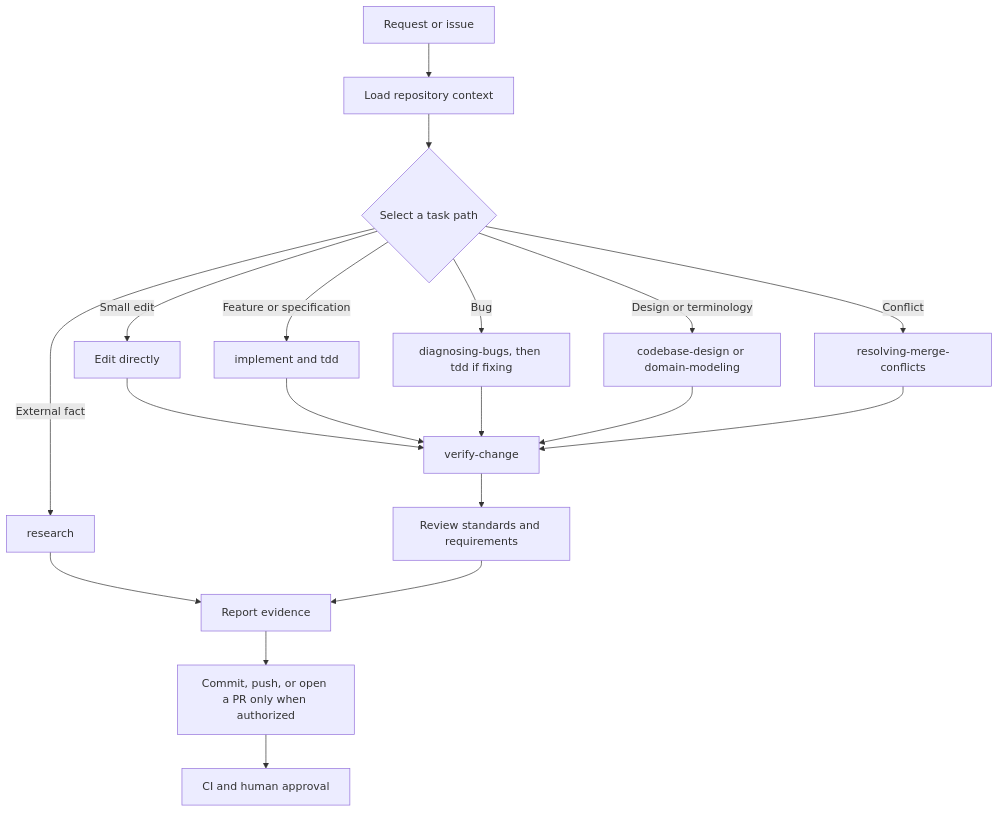
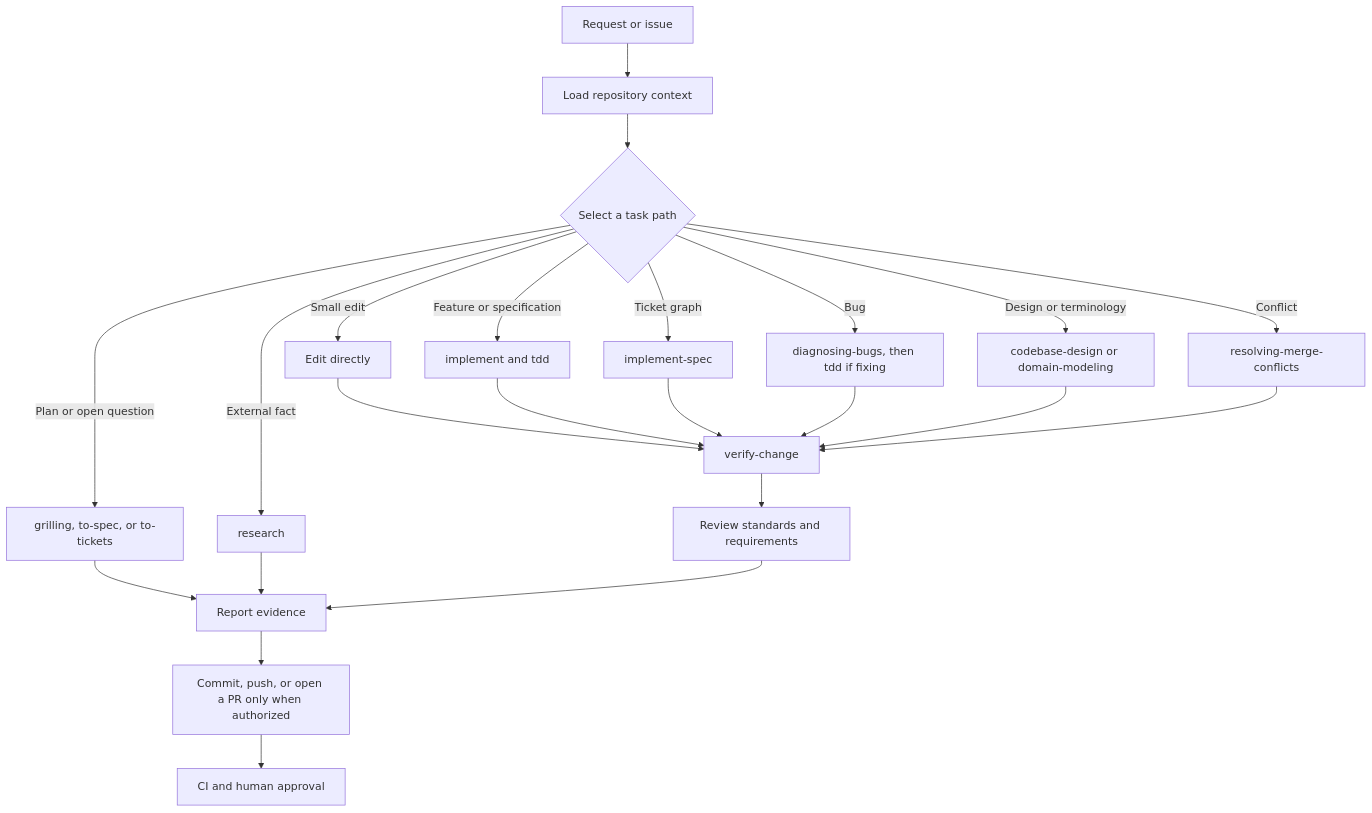
One commit to EngageMedia-video/cinematacms changed the diagram in docs/technical/agentic-workflow.md. Above: the diagram before and after it, drawn with Mermaid. The commit also changed other lines of this file and 12 other files, not shown here.

````diff
--- a/docs/technical/agentic-workflow.md
+++ b/docs/technical/agentic-workflow.md
@@ -11,21 +11,25 @@
 ```mermaid
 flowchart TD
 	request[Request or issue] --> context[Load repository context]
 	context --> path{Select a task path}
 	path -->|Small edit| direct[Edit directly]
 	path -->|Feature or specification| implement[implement and tdd]
+	path -->|Plan or open question| plan[grilling, to-spec, or to-tickets]
+	path -->|Ticket graph| tickets[implement-spec]
 	path -->|Bug| diagnose[diagnosing-bugs, then tdd if fixing]
 	path -->|Design or terminology| design[codebase-design or domain-modeling]
 	path -->|External fact| research[research]
 	path -->|Conflict| conflict[resolving-merge-conflicts]
 	direct --> verify[verify-change]
 	implement --> verify
+	plan --> handoff
+	tickets --> verify
 	diagnose --> verify
 	design --> verify
 	research --> handoff[Report evidence]
 	conflict --> verify
 	verify --> review[Review standards and requirements]
 	review --> handoff
 	handoff --> delivery[Commit, push, or open a PR only when authorized]
 	delivery --> ci[CI and human approval]
 ```
````
